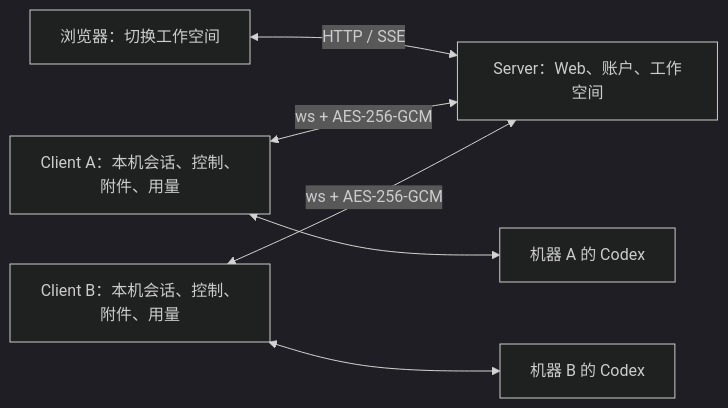
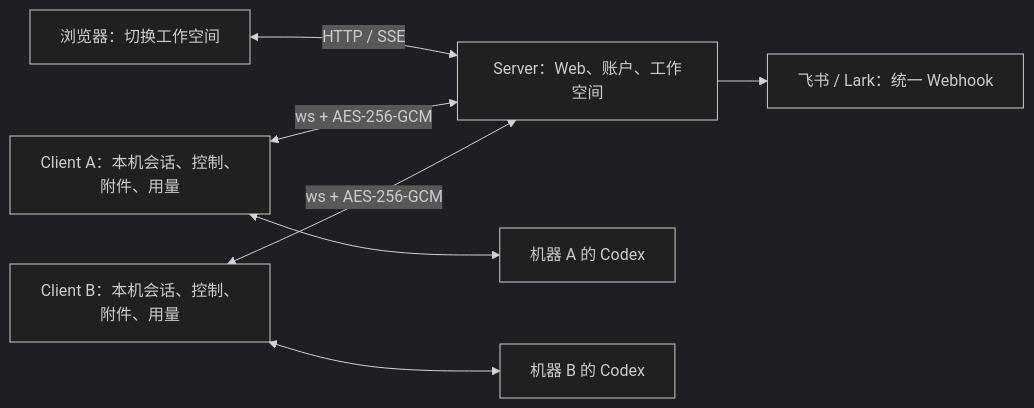
One commit to 0xcaffebabe/codex-monitor changed the diagram in docs/server-client.md. Above: the diagram before and after it, drawn with Mermaid (dark theme). The commit also changed other lines of this file and 36 other files, not shown here.

First line of the commit message:
refactor: centralize webhook delivery on server

````diff
--- a/docs/server-client.md
+++ b/docs/server-client.md
@@ -5,8 +5,9 @@
 ```mermaid
 flowchart LR
   Browser[浏览器：切换工作空间] <-->|HTTP / SSE| Server[Server：Web、账户、工作空间]
   ClientA[Client A：本机会话、控制、附件、用量] <-->|ws + AES-256-GCM| Server
   ClientB[Client B：本机会话、控制、附件、用量] <-->|ws + AES-256-GCM| Server
   ClientA <--> CodexA[机器 A 的 Codex]
   ClientB <--> CodexB[机器 B 的 Codex]
+  Server --> Lark[飞书 / Lark：统一 Webhook]
 ```
````
